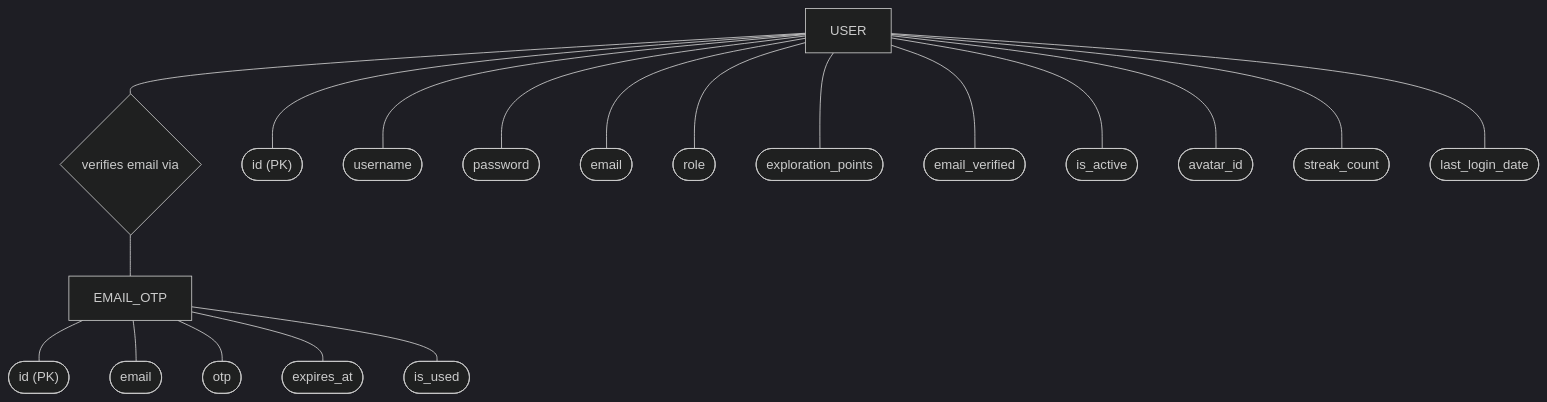
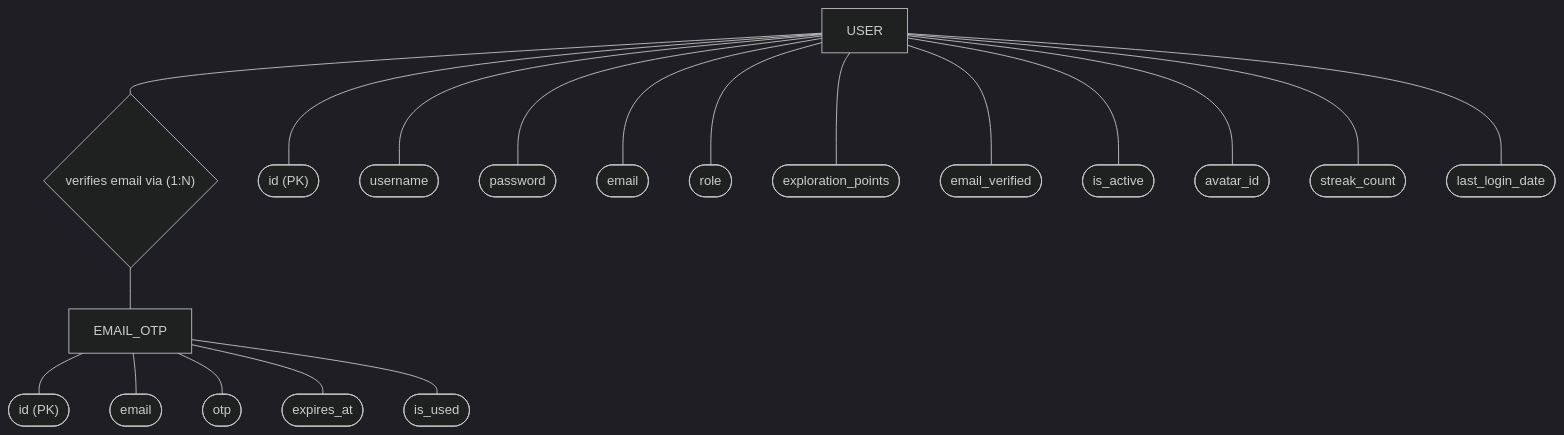
One commit to Cipher-Syntax/ARQuest changed the first of 6 diagrams in erd-model.md. Above: the diagram before and after it, drawn with Mermaid (dark theme). The commit also changed other lines of this file and 8 other files, not shown here.

Commit message:
Updated: documentation + diagrams

````diff
--- a/erd-model.md
+++ b/erd-model.md
@@ -20,51 +24,51 @@
 ```mermaid
 flowchart TD
-    %% Entities (Rectangles)
+    %% Entities
     USER["USER"]
     EMAIL_OTP["EMAIL_OTP"]
 
-    %% Relationships (Diamonds)
-    verifies{"verifies email via"}
+    %% Relationship
+    verifies{"verifies email via (1:N)"}
 
-    %% Attributes for USER (Ovals)
+    %% Attributes for USER
     u_id(["id (PK)"])
     u_user(["username"])
     u_pass(["password"])
     u_email(["email"])
     u_role(["role"])
     u_pts(["exploration_points"])
     u_ver(["email_verified"])
     u_act(["is_active"])
     u_av(["avatar_id"])
     u_strk(["streak_count"])
     u_ld(["last_login_date"])
     
     USER --- u_id
     USER --- u_user
     USER --- u_pass
     USER --- u_email
     USER --- u_role
     USER --- u_pts
     USER --- u_ver
     USER --- u_act
     USER --- u_av
     USER --- u_strk
     USER --- u_ld
 
-    %% Attributes for EMAIL_OTP (Ovals)
+    %% Attributes for EMAIL_OTP
     o_id(["id (PK)"])
     o_email(["email"])
     o_otp(["otp"])
     o_exp(["expires_at"])
     o_used(["is_used"])
     
     EMAIL_OTP --- o_id
     EMAIL_OTP --- o_email
     EMAIL_OTP --- o_otp
     EMAIL_OTP --- o_exp
     EMAIL_OTP --- o_used
 
-    %% Connections
+    %% Connectivity
     USER --- verifies
     verifies --- EMAIL_OTP
 ```
````
